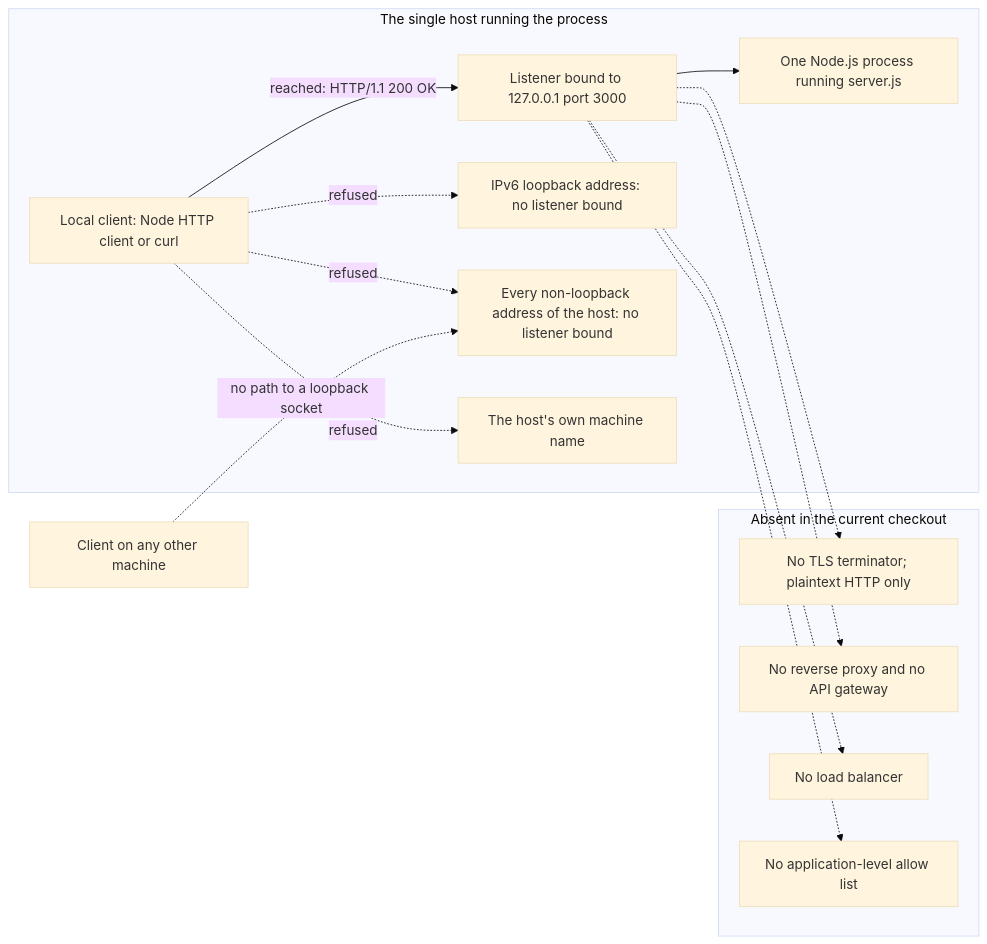
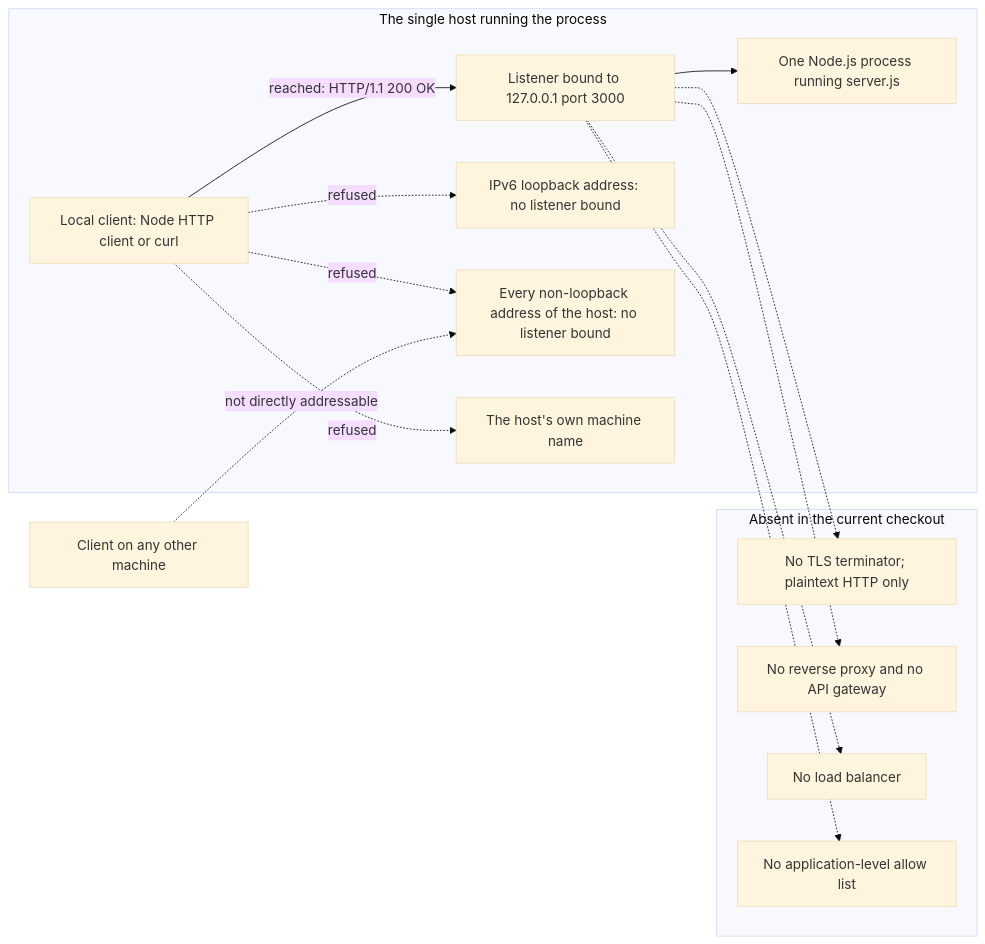
The second of 2 diagrams in docs/areas/networking.md (ajitblitzy/Ajit_GH_Repo-12-Mar-26), drawn with Mermaid (base theme) before and after one commit. The commit also changed other lines of this file and 8 other files, not shown here.

````diff
--- a/docs/areas/networking.md
+++ b/docs/areas/networking.md
@@ -503,28 +649,28 @@
 ```mermaid
 flowchart LR
     EXT["Client on any other machine"]
     subgraph HOST["The single host running the process"]
         CLI["Local client: Node HTTP client or curl"]
         LISTEN["Listener bound to 127.0.0.1 port 3000"]
         PROC["One Node.js process running server.js"]
         LOOPV6["IPv6 loopback address: no listener bound"]
         OTHERADDR["Every non-loopback address of the host: no listener bound"]
         NAME["The host's own machine name"]
     end
     CLI -->|"reached: HTTP/1.1 200 OK"| LISTEN
     LISTEN --> PROC
     CLI -.->|"refused"| LOOPV6
     CLI -.->|"refused"| OTHERADDR
     CLI -.->|"refused"| NAME
-    EXT -.->|"no path to a loopback socket"| OTHERADDR
+    EXT -.->|"not directly addressable"| OTHERADDR
     subgraph ABSENT["Absent in the current checkout"]
         NOTLS["No TLS terminator; plaintext HTTP only"]
         NOPROXY["No reverse proxy and no API gateway"]
         NOLB["No load balancer"]
         NOALLOW["No application-level allow list"]
     end
     LISTEN -.-> NOTLS
     LISTEN -.-> NOPROXY
     LISTEN -.-> NOLB
     LISTEN -.-> NOALLOW
 ```
````
